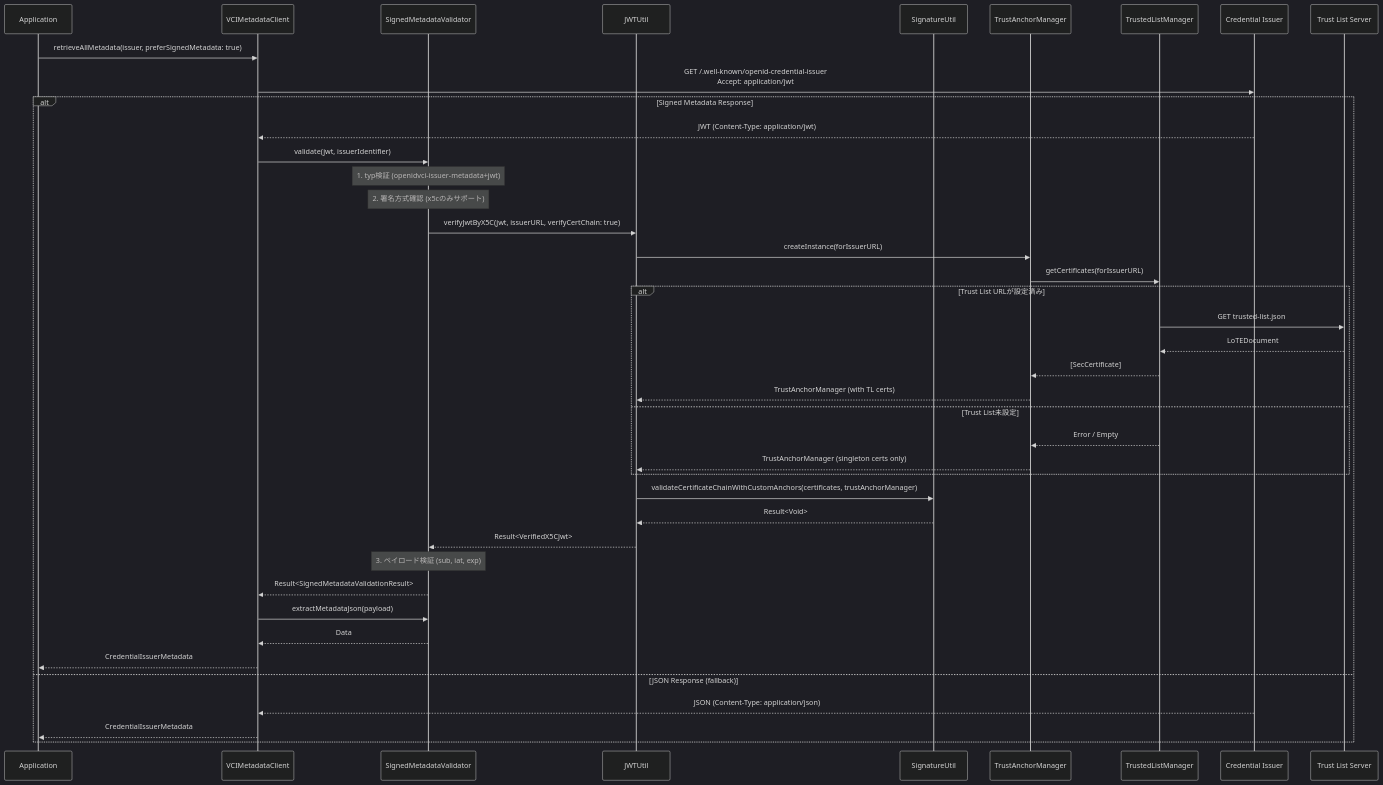
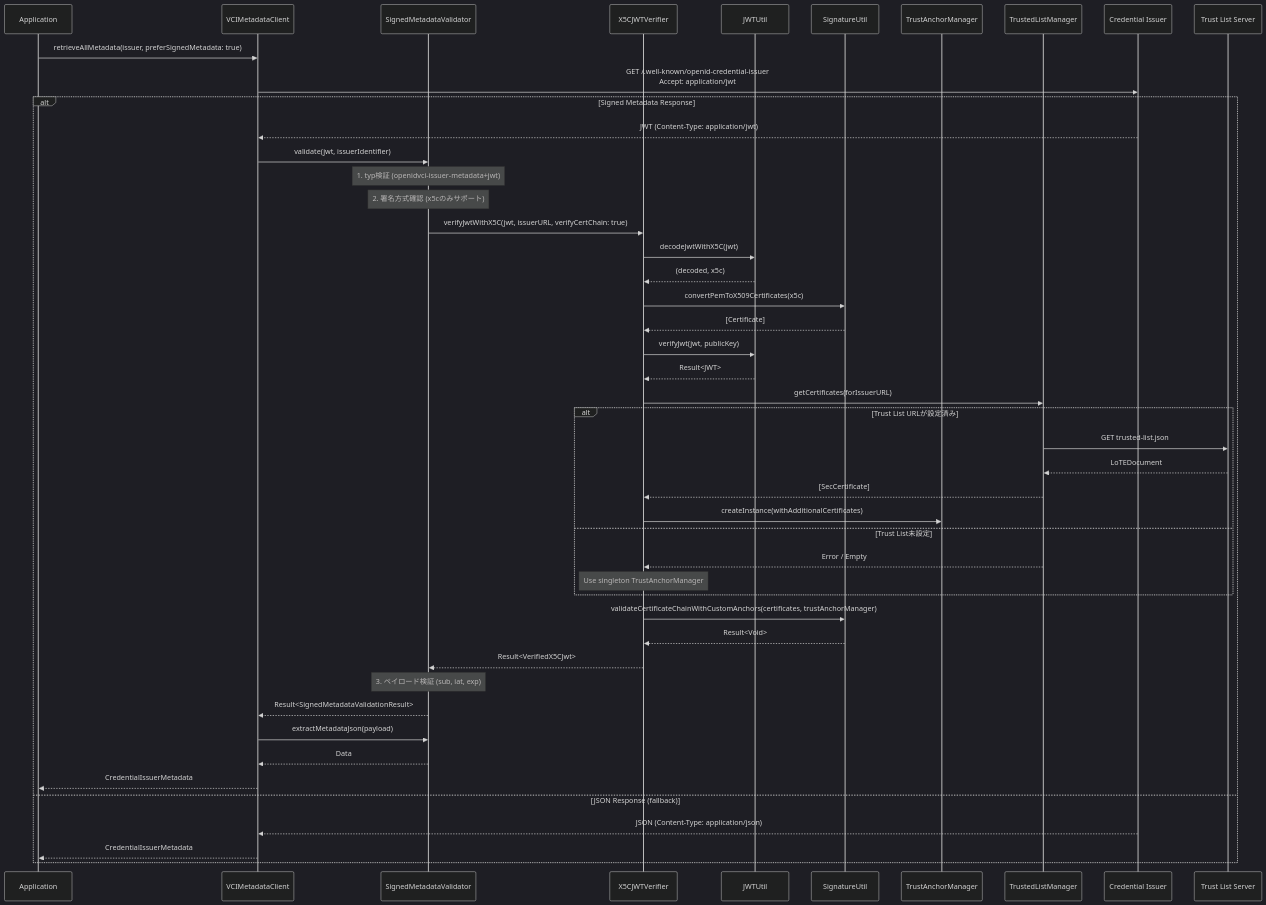
Before and after one commit to ryosuke-wakaba/OWND-Wallet-iOS: the second of 3 diagrams in docs/features/credential-issuance/metadata-verification.md, drawn with Mermaid (dark theme). The commit also changed other lines of this file and 2 other files, not shown here.

First line of the commit message:
refactor: Move JWT decode and x5c/x5u extraction to JWTUtil

````diff
--- a/docs/features/credential-issuance/metadata-verification.md
+++ b/docs/features/credential-issuance/metadata-verification.md
@@ -114,55 +124,64 @@
 ```mermaid
 sequenceDiagram
     participant App as Application
     participant VMC as VCIMetadataClient
     participant SMV as SignedMetadataValidator
+    participant X5C as X5CJWTVerifier
     participant JWT as JWTUtil
     participant SIG as SignatureUtil
     participant TAM as TrustAnchorManager
     participant TLM as TrustedListManager
     participant Issuer as Credential Issuer
     participant TL as Trust List Server
 
     App->>VMC: retrieveAllMetadata(issuer, preferSignedMetadata: true)
     VMC->>Issuer: GET /.well-known/openid-credential-issuer<br/>Accept: application/jwt
 
     alt Signed Metadata Response
         Issuer-->>VMC: JWT (Content-Type: application/jwt)
         VMC->>SMV: validate(jwt, issuerIdentifier)
 
         Note over SMV: 1. typ検証 (openidvci-issuer-metadata+jwt)
         Note over SMV: 2. 署名方式確認 (x5cのみサポート)
 
-        SMV->>JWT: verifyJwtByX5C(jwt, issuerURL, verifyCertChain: true)
+        SMV->>X5C: verifyJwtWithX5C(jwt, issuerURL, verifyCertChain: true)
 
-        JWT->>TAM: createInstance(forIssuerURL)
-        TAM->>TLM: getCertificates(forIssuerURL)
+        X5C->>JWT: decodeJwtWithX5C(jwt)
+        JWT-->>X5C: (decoded, x5c)
+
+        X5C->>SIG: convertPemToX509Certificates(x5c)
+        SIG-->>X5C: [Certificate]
+
+        X5C->>JWT: verifyJwt(jwt, publicKey)
+        JWT-->>X5C: Result<JWT>
+
+        X5C->>TLM: getCertificates(forIssuerURL)
 
         alt Trust List URLが設定済み
             TLM->>TL: GET trusted-list.json
             TL-->>TLM: LoTEDocument
-            TLM-->>TAM: [SecCertificate]
-            TAM-->>JWT: TrustAnchorManager (with TL certs)
+            TLM-->>X5C: [SecCertificate]
+            X5C->>TAM: createInstance(withAdditionalCertificates)
         else Trust List未設定
-            TLM-->>TAM: Error / Empty
-            TAM-->>JWT: TrustAnchorManager (singleton certs only)
+            TLM-->>X5C: Error / Empty
+            Note over X5C: Use singleton TrustAnchorManager
         end
 
-        JWT->>SIG: validateCertificateChainWithCustomAnchors(certificates, trustAnchorManager)
-        SIG-->>JWT: Result<Void>
+        X5C->>SIG: validateCertificateChainWithCustomAnchors(certificates, trustAnchorManager)
+        SIG-->>X5C: Result<Void>
 
-        JWT-->>SMV: Result<VerifiedX5CJwt>
+        X5C-->>SMV: Result<VerifiedX5CJwt>
 
         Note over SMV: 3. ペイロード検証 (sub, iat, exp)
 
         SMV-->>VMC: Result<SignedMetadataValidationResult>
 
         VMC->>SMV: extractMetadataJson(payload)
         SMV-->>VMC: Data
         VMC-->>App: CredentialIssuerMetadata
 
     else JSON Response (fallback)
         Issuer-->>VMC: JSON (Content-Type: application/json)
         VMC-->>App: CredentialIssuerMetadata
     end
 ```
````
